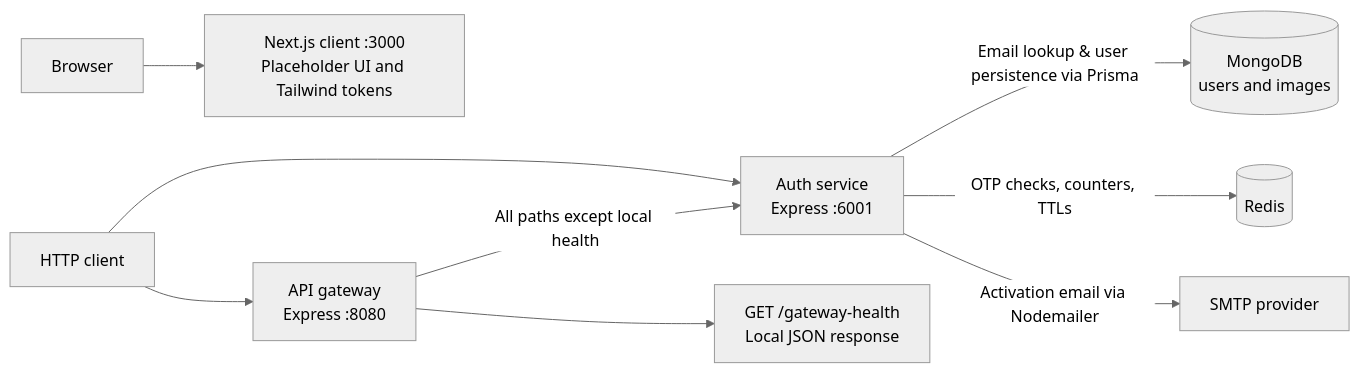
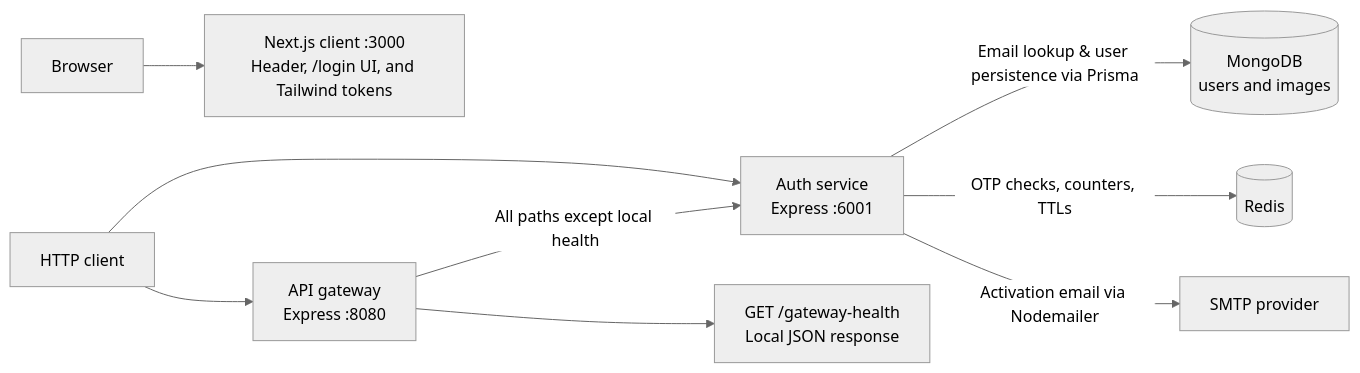
The diagram in docs/architecture/overview.md (Kruskal892/Microservice-SaaS-E-commerce), drawn with Mermaid (neutral theme) before and after one commit. The commit also changed other lines of this file and 25 other files, not shown here.

Commit message:
feat(client): add login page UI with RHF + Zod validation

````diff
--- a/docs/architecture/overview.md
+++ b/docs/architecture/overview.md
@@ -17,11 +19,11 @@
 ```mermaid
 flowchart LR
-    Browser["Browser"] --> Frontend["Next.js client :3000<br/>Placeholder UI and Tailwind tokens"]
+    Browser["Browser"] --> Frontend["Next.js client :3000<br/>Header, /login UI, and Tailwind tokens"]
     Client["HTTP client"] --> Gateway["API gateway<br/>Express :8080"]
     Client --> Auth["Auth service<br/>Express :6001"]
     Gateway -->|"All paths except local health"| Auth
     Gateway --> Health["GET /gateway-health<br/>Local JSON response"]
     Auth -->|"Email lookup & user persistence via Prisma"| Mongo[("MongoDB<br/>users and images")]
     Auth -->|"OTP checks, counters, TTLs"| Redis[("Redis")]
     Auth -->|"Activation email via Nodemailer"| SMTP["SMTP provider"]
 ```
````
